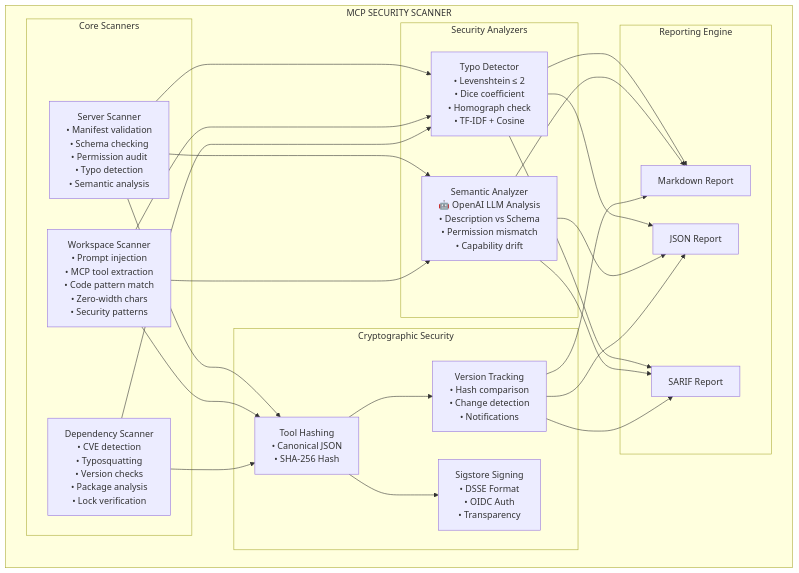
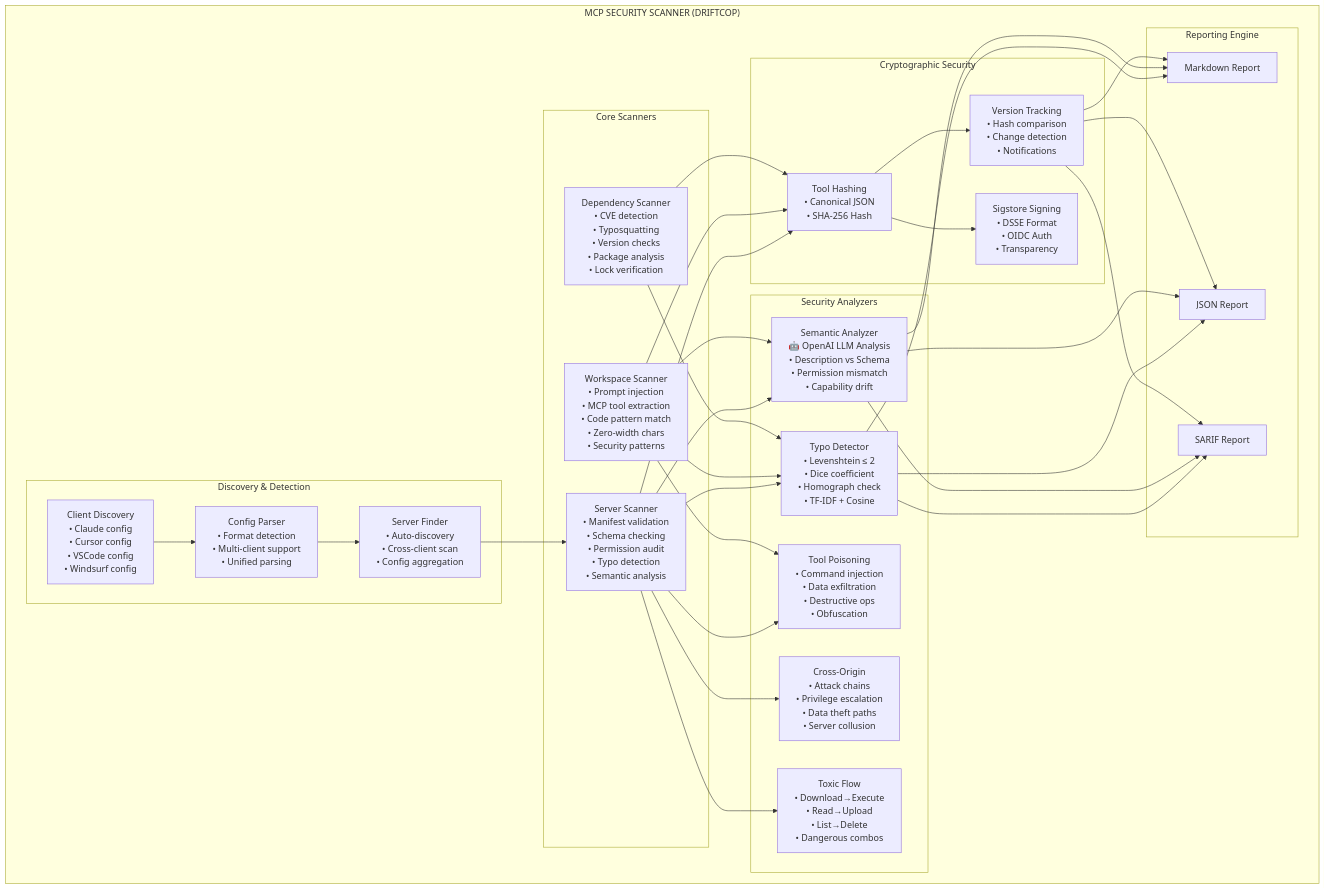
One commit to sudoviz/driftcop changed the first of 9 diagrams in mcp-sec/ARCHITECTURE_MERMAID.md. Above: the diagram before and after it, drawn with Mermaid. The commit also changed other lines of this file and 20 other files, not shown here.

Commit message:
added automatic config detection and new analyzers

````diff
--- a/mcp-sec/ARCHITECTURE_MERMAID.md
+++ b/mcp-sec/ARCHITECTURE_MERMAID.md
@@ -5,50 +5,67 @@
 ```mermaid
 graph TB
-    subgraph "MCP SECURITY SCANNER"
+    subgraph "MCP SECURITY SCANNER (DRIFTCOP)"
+        subgraph "Discovery & Detection"
+            CD[Client Discovery<br/>• Claude config<br/>• Cursor config<br/>• VSCode config<br/>• Windsurf config]
+            CP[Config Parser<br/>• Format detection<br/>• Multi-client support<br/>• Unified parsing]
+            SF[Server Finder<br/>• Auto-discovery<br/>• Cross-client scan<br/>• Config aggregation]
+        end
+        
         subgraph "Core Scanners"
             SS[Server Scanner<br/>• Manifest validation<br/>• Schema checking<br/>• Permission audit<br/>• Typo detection<br/>• Semantic analysis]
             WS[Workspace Scanner<br/>• Prompt injection<br/>• MCP tool extraction<br/>• Code pattern match<br/>• Zero-width chars<br/>• Security patterns]
             DS[Dependency Scanner<br/>• CVE detection<br/>• Typosquatting<br/>• Version checks<br/>• Package analysis<br/>• Lock verification]
         end
         
         subgraph "Security Analyzers"
             TD[Typo Detector<br/>• Levenshtein ≤ 2<br/>• Dice coefficient<br/>• Homograph check<br/>• TF-IDF + Cosine]
             SA[Semantic Analyzer<br/>🤖 OpenAI LLM Analysis<br/>• Description vs Schema<br/>• Permission mismatch<br/>• Capability drift]
+            TP[Tool Poisoning<br/>• Command injection<br/>• Data exfiltration<br/>• Destructive ops<br/>• Obfuscation]
+            CO[Cross-Origin<br/>• Attack chains<br/>• Privilege escalation<br/>• Data theft paths<br/>• Server collusion]
+            TF[Toxic Flow<br/>• Download→Execute<br/>• Read→Upload<br/>• List→Delete<br/>• Dangerous combos]
         end
         
         subgraph "Cryptographic Security"
             TH[Tool Hashing<br/>• Canonical JSON<br/>• SHA-256 Hash]
             SIG[Sigstore Signing<br/>• DSSE Format<br/>• OIDC Auth<br/>• Transparency]
             VT[Version Tracking<br/>• Hash comparison<br/>• Change detection<br/>• Notifications]
         end
         
         subgraph "Reporting Engine"
             MD[Markdown Report]
             JSON[JSON Report]
             SARIF[SARIF Report]
         end
     end
     
+    CD --> CP
+    CP --> SF
+    SF --> SS
+    
     SS --> TD
     SS --> SA
+    SS --> TP
+    SS --> CO
+    SS --> TF
     WS --> TD
     WS --> SA
+    WS --> TP
     DS --> TD
     
     SS --> TH
     WS --> TH
     DS --> TH
     
     TH --> VT
     TH --> SIG
     
     TD --> MD
     TD --> JSON
     TD --> SARIF
     SA --> MD
     SA --> JSON
     SA --> SARIF
     VT --> MD
     VT --> JSON
     VT --> SARIF
 ```
````
